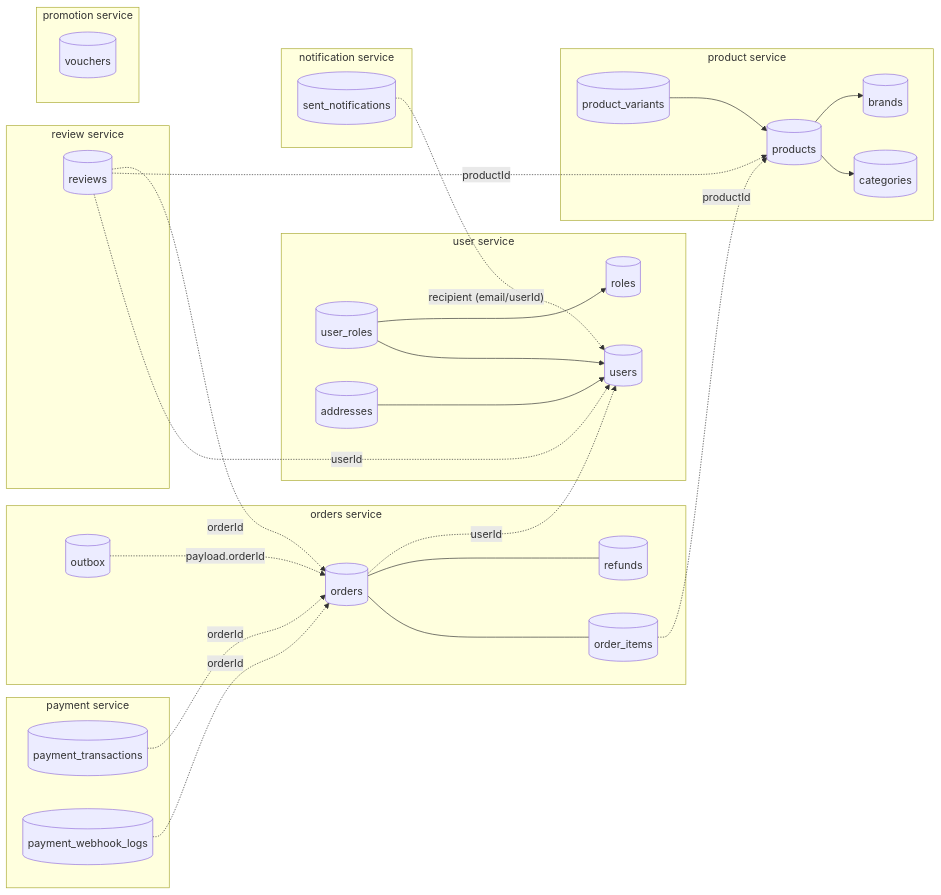
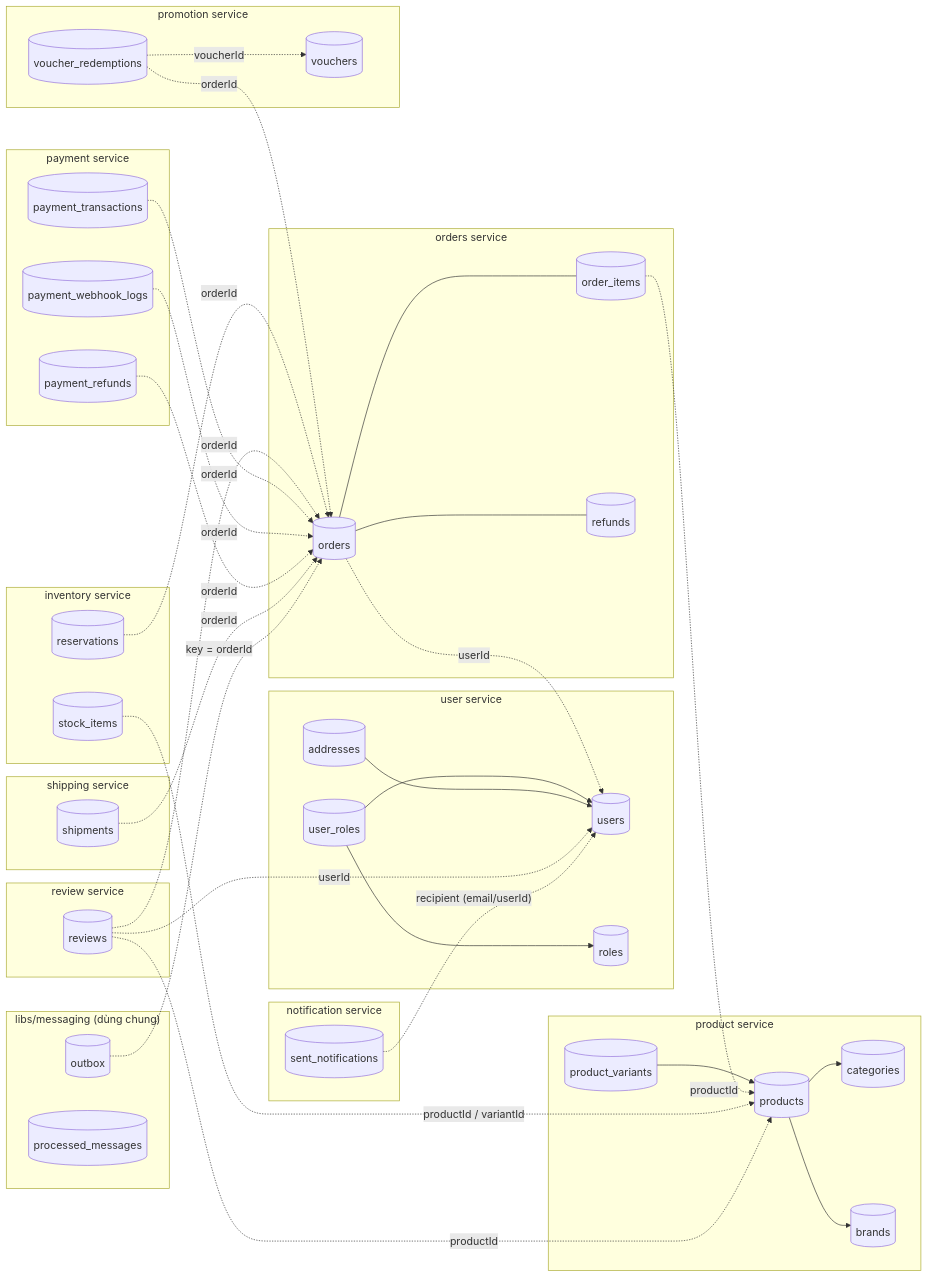
Before and after one commit to lamquochung287/ecommerce-microservices: the first of 6 diagrams in docs/database-schema.md, drawn with Mermaid. The commit also changed other lines of this file and 23 other files, not shown here.

````diff
--- a/docs/database-schema.md
+++ b/docs/database-schema.md
@@ -31,55 +35,73 @@
 ```mermaid
 flowchart LR
   subgraph USER["user service"]
     users[(users)]
     roles[(roles)]
     user_roles[(user_roles)]
     addresses[(addresses)]
   end
   subgraph PRODUCT["product service"]
     products[(products)]
     product_variants[(product_variants)]
     categories[(categories)]
     brands[(brands)]
   end
+  subgraph INV["inventory service"]
+    stock_items[(stock_items)]
+    reservations[(reservations)]
+  end
   subgraph ORDERS["orders service"]
     orders[(orders)]
     order_items[(order_items)]
     refunds[(refunds)]
-    outbox[(outbox)]
   end
   subgraph PAYMENT["payment service"]
     payment_transactions[(payment_transactions)]
     payment_webhook_logs[(payment_webhook_logs)]
+    payment_refunds[(payment_refunds)]
+  end
+  subgraph SHIP["shipping service"]
+    shipments[(shipments)]
   end
   subgraph NOTI["notification service"]
     sent_notifications[(sent_notifications)]
   end
   subgraph REVIEW["review service"]
     reviews[(reviews)]
   end
   subgraph PROMO["promotion service"]
     vouchers[(vouchers)]
+    voucher_redemptions[(voucher_redemptions)]
+  end
+  subgraph MSG["libs/messaging (dùng chung)"]
+    outbox[(outbox)]
+    processed_messages[(processed_messages)]
   end
 
   %% FK thật (nội bộ service)
   user_roles --> users
   user_roles --> roles
   addresses --> users
   products --> categories
   products --> brands
   product_variants --> products
   orders --- order_items
   orders --- refunds
 
   %% Tham chiếu mềm (không FK) giữa các service
   orders -. "userId" .-> users
   order_items -. "productId" .-> products
+  stock_items -. "productId / variantId" .-> products
+  reservations -. "orderId" .-> orders
   reviews -. "userId" .-> users
   reviews -. "productId" .-> products
   reviews -. "orderId" .-> orders
   payment_transactions -. "orderId" .-> orders
   payment_webhook_logs -. "orderId" .-> orders
+  payment_refunds -. "orderId" .-> orders
+  shipments -. "orderId" .-> orders
+  voucher_redemptions -. "orderId" .-> orders
+  voucher_redemptions -. "voucherId" .-> vouchers
   sent_notifications -. "recipient (email/userId)" .-> users
-  outbox -. "payload.orderId" .-> orders
+  outbox -. "key = orderId" .-> orders
 ```
````
